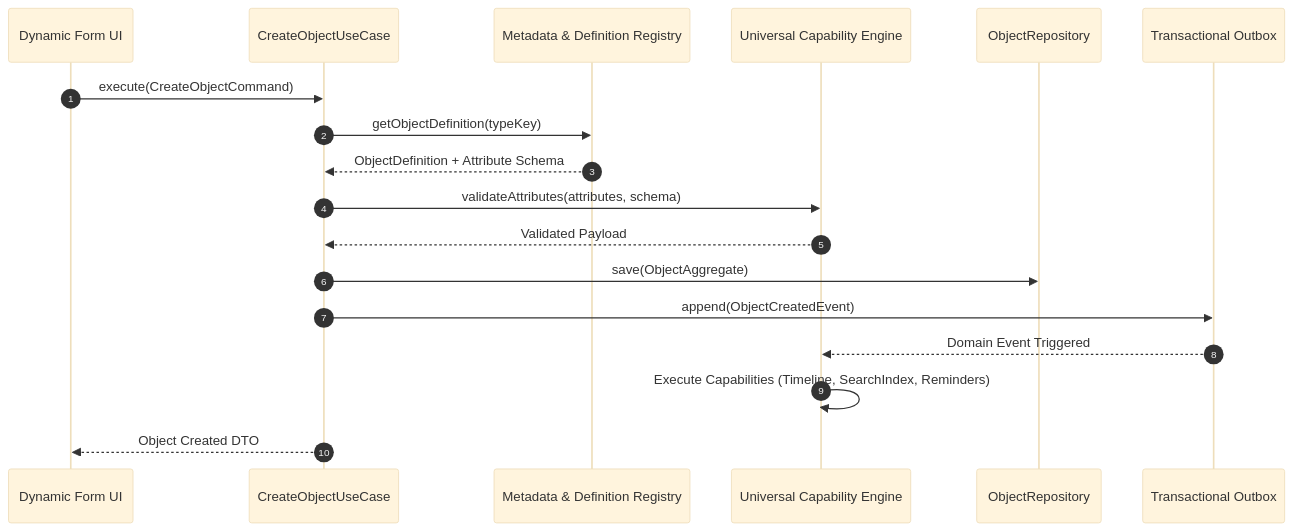
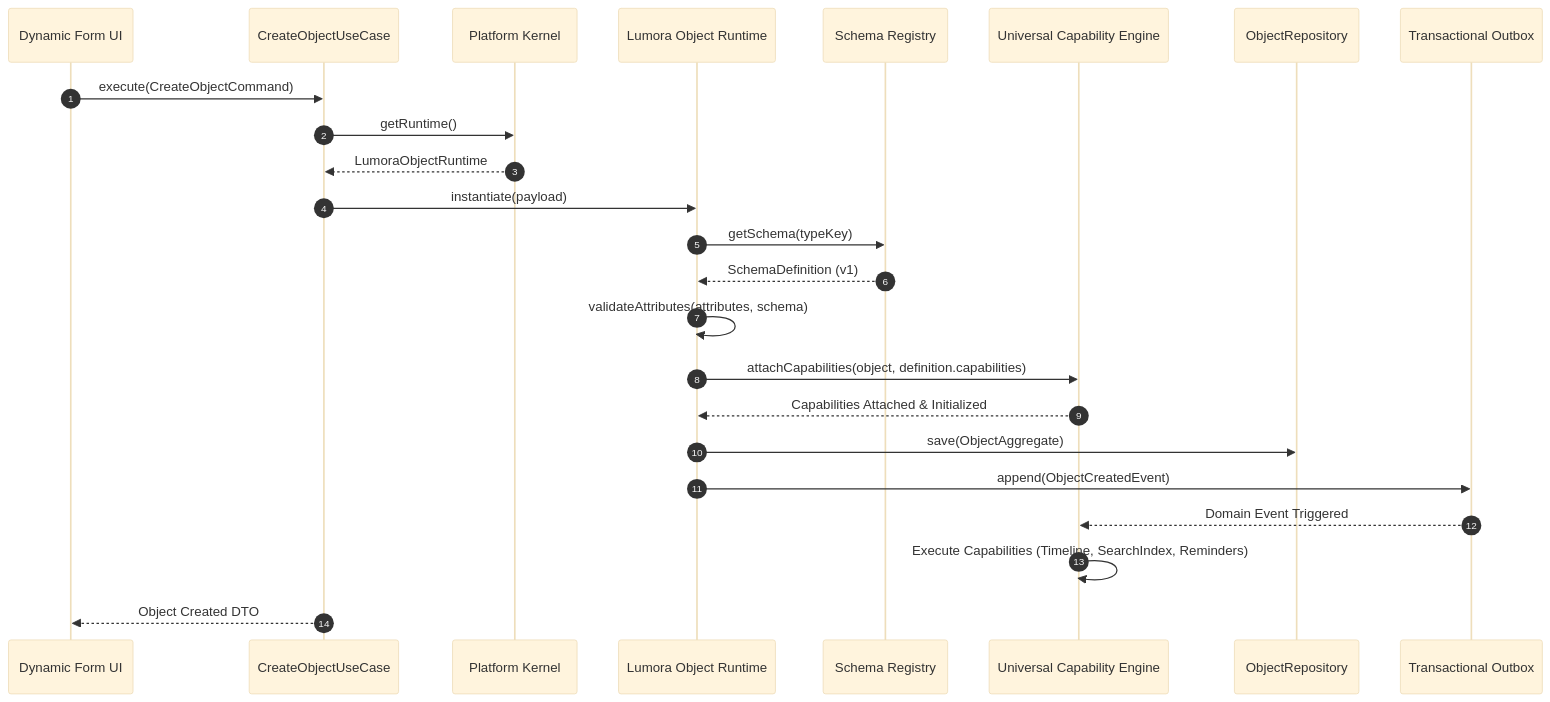
The second of 2 diagrams in docs/architecture/PHASE_5_MASTER_ARCHITECTURE.md (Adinarayan20/Lumora), drawn with Mermaid (base theme) before and after one commit. The commit also changed other lines of this file and 2 other files, not shown here.

Commit message:
docs(architecture): complete Senior Staff Architecture Review & ADR-014 (Architecture Frozen)

````diff
--- a/docs/architecture/PHASE_5_MASTER_ARCHITECTURE.md
+++ b/docs/architecture/PHASE_5_MASTER_ARCHITECTURE.md
@@ -151,21 +181,27 @@
 ```mermaid
 sequenceDiagram
     autonumber
     participant UI as Dynamic Form UI
     participant Application as CreateObjectUseCase
-    participant Registry as Metadata & Definition Registry
+    participant Kernel as Platform Kernel
+    participant Runtime as Lumora Object Runtime
+    participant Registry as Schema Registry
     participant Engine as Universal Capability Engine
     participant Repo as ObjectRepository
     participant Outbox as Transactional Outbox
 
     UI->>Application: execute(CreateObjectCommand)
-    Application->>Registry: getObjectDefinition(typeKey)
-    Registry-->>Application: ObjectDefinition + Attribute Schema
-    Application->>Engine: validateAttributes(attributes, schema)
-    Engine-->>Application: Validated Payload
-    Application->>Repo: save(ObjectAggregate)
-    Application->>Outbox: append(ObjectCreatedEvent)
+    Application->>Kernel: getRuntime()
+    Kernel-->>Application: LumoraObjectRuntime
+    Application->>Runtime: instantiate(payload)
+    Runtime->>Registry: getSchema(typeKey)
+    Registry-->>Runtime: SchemaDefinition (v1)
+    Runtime->>Runtime: validateAttributes(attributes, schema)
+    Runtime->>Engine: attachCapabilities(object, definition.capabilities)
+    Engine-->>Runtime: Capabilities Attached & Initialized
+    Runtime->>Repo: save(ObjectAggregate)
+    Runtime->>Outbox: append(ObjectCreatedEvent)
     Outbox-->>Engine: Domain Event Triggered
     Engine->>Engine: Execute Capabilities (Timeline, SearchIndex, Reminders)
     Application-->>UI: Object Created DTO
 ```
````
